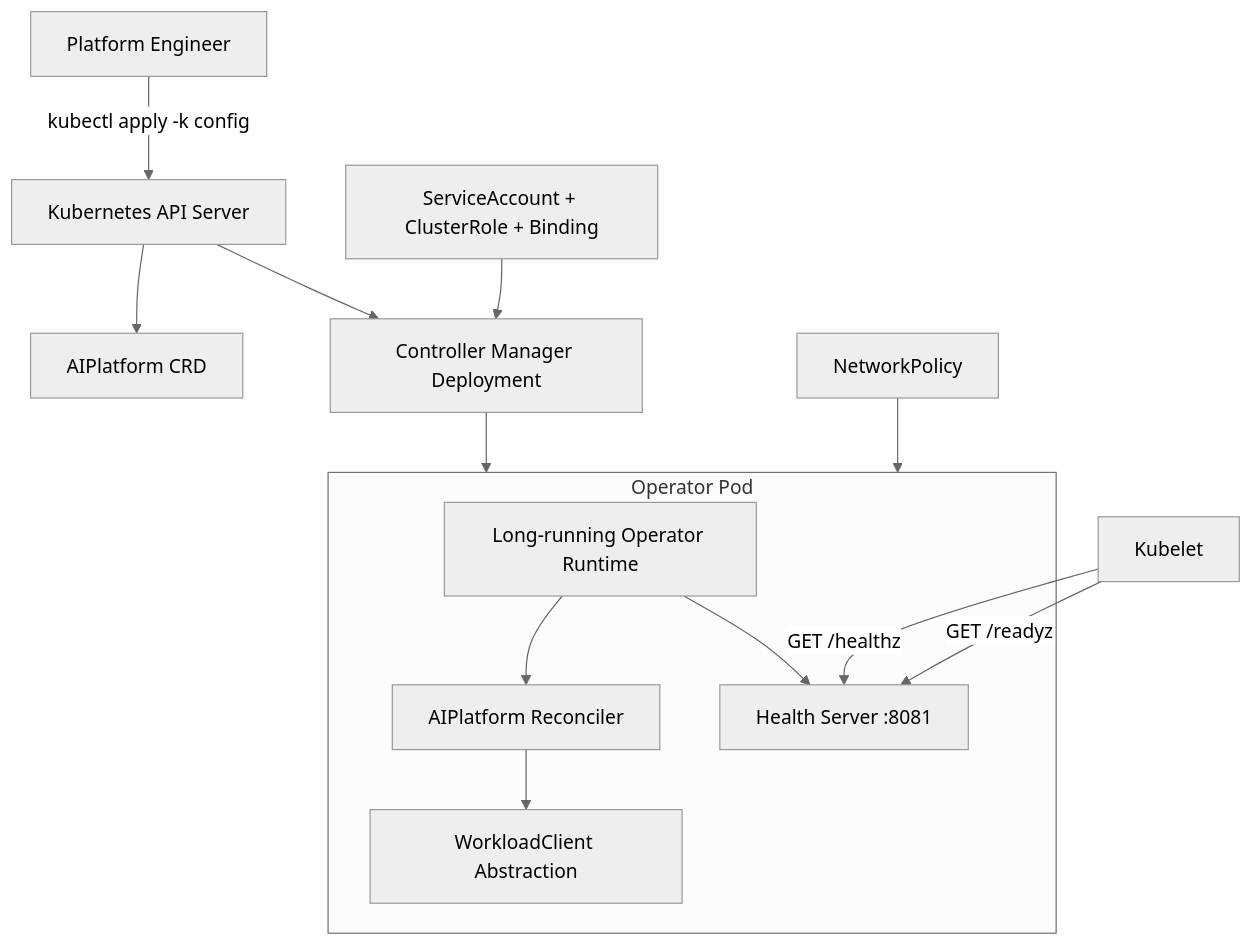
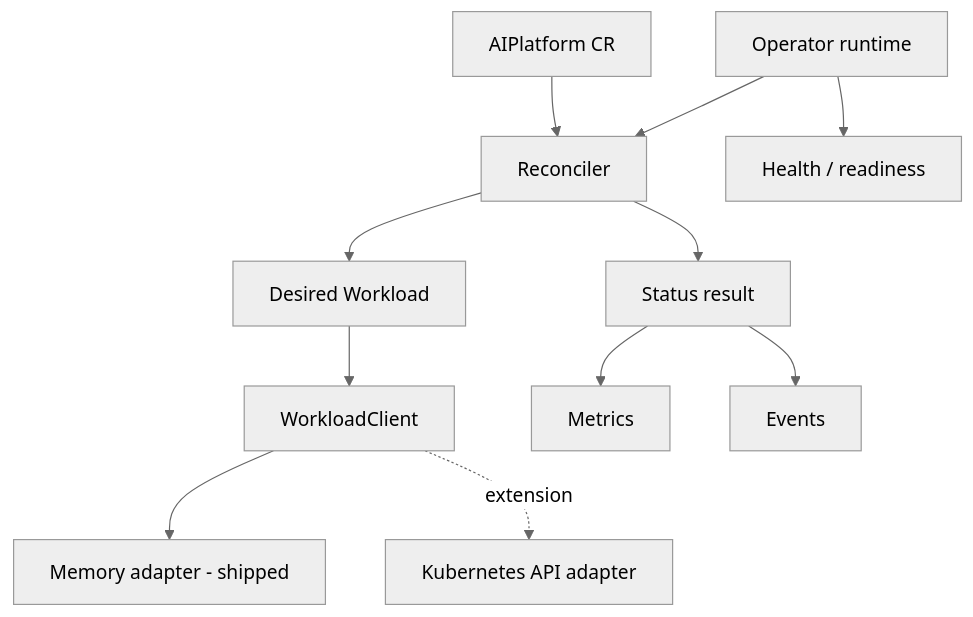
Before and after one commit to abdallauno1/platform-engineering-kubernetes-operator: the diagram in docs/architecture.md, drawn with Mermaid (neutral theme). The commit also changed other lines of this file and 19 other files, not shown here.

````diff
--- a/docs/architecture.md
+++ b/docs/architecture.md
@@ -3,22 +3,13 @@
 ```mermaid
-flowchart TB
-    Engineer[Platform Engineer] -->|kubectl apply -k config| API[Kubernetes API Server]
-    API --> CRD[AIPlatform CRD]
-    API --> Deployment[Controller Manager Deployment]
-
-    subgraph Pod[Operator Pod]
-      Runtime[Long-running Operator Runtime]
-      Probe[Health Server :8081]
-      Reconciler[AIPlatform Reconciler]
-      Client[WorkloadClient Abstraction]
-      Runtime --> Reconciler
-      Runtime --> Probe
-      Reconciler --> Client
-    end
-
-    Deployment --> Pod
-    Kubelet[Kubelet] -->|GET /healthz| Probe
-    Kubelet -->|GET /readyz| Probe
-    RBAC[ServiceAccount + ClusterRole + Binding] --> Deployment
-    NetPol[NetworkPolicy] --> Pod
+flowchart TD
+  CR[AIPlatform CR] --> REC[Reconciler]
+  REC --> DES[Desired Workload]
+  DES --> CLIENT[WorkloadClient]
+  CLIENT --> MEM[Memory adapter - shipped]
+  CLIENT -. extension .-> K8S[Kubernetes API adapter]
+  REC --> STATUS[Status result]
+  STATUS --> METRICS[Metrics]
+  STATUS --> EVENTS[Events]
+  RUNTIME[Operator runtime] --> REC
+  RUNTIME --> PROBES[Health / readiness]
 ```
````
